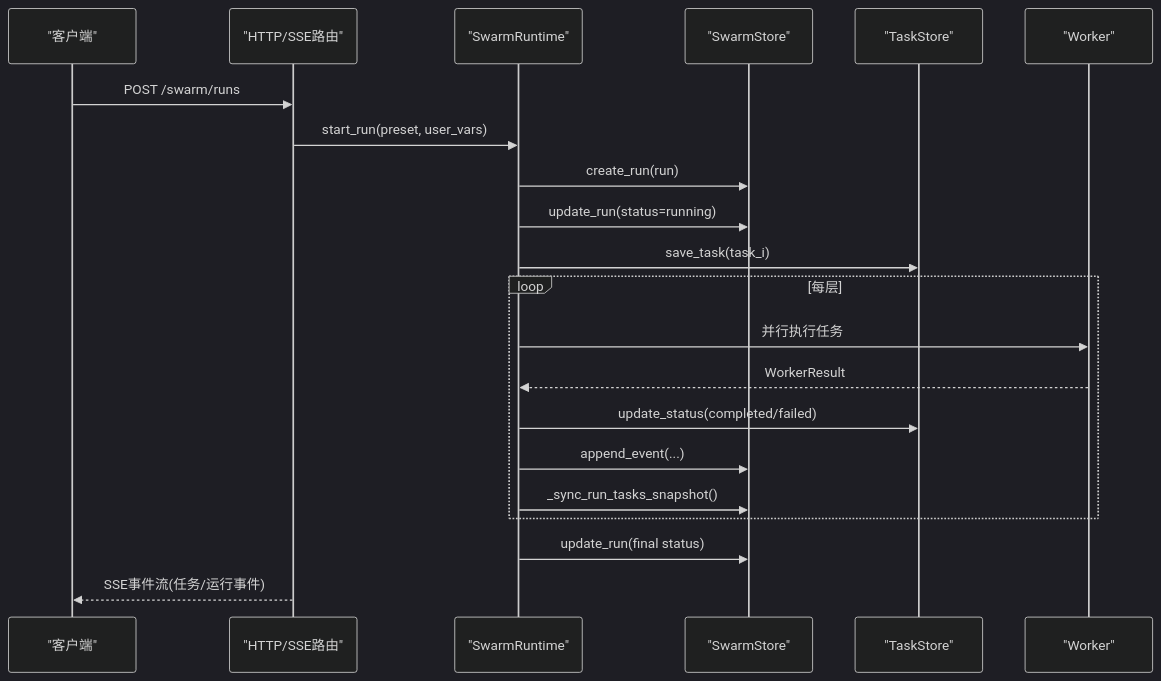
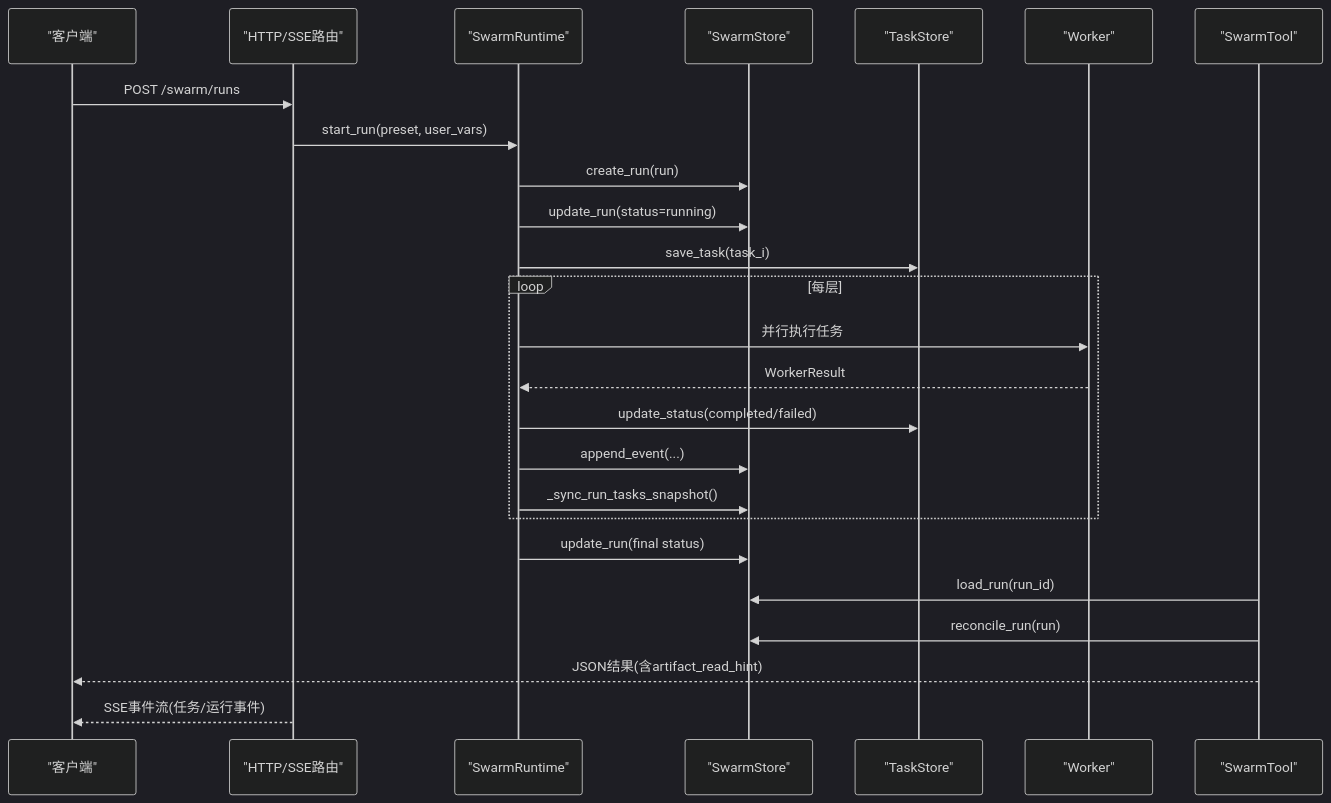
The second of 10 diagrams in .qoder/repowiki/zh/content/前端应用/页面功能/研究页面（Agent）/状态管理/Swarm运行状态管理.md (20012002er/Vibe-Trading), drawn with Mermaid (dark theme) before and after one commit. The commit also changed other lines of this file and 7 other files, not shown here.

````diff
--- a/.qoder/repowiki/zh/content/前端应用/页面功能/研究页面（Agent）/状态管理/Swarm运行状态管理.md
+++ b/.qoder/repowiki/zh/content/前端应用/页面功能/研究页面（Agent）/状态管理/Swarm运行状态管理.md
@@ -118,23 +138,27 @@
 ```mermaid
 sequenceDiagram
 participant Client as "客户端"
 participant API as "HTTP/SSE路由"
 participant RT as "SwarmRuntime"
 participant ST as "SwarmStore"
 participant TS as "TaskStore"
 participant W as "Worker"
+participant Tool as "SwarmTool"
 Client->>API : POST /swarm/runs
 API->>RT : start_run(preset, user_vars)
 RT->>ST : create_run(run)
 RT->>ST : update_run(status=running)
 RT->>TS : save_task(task_i)
 loop 每层
 RT->>W : 并行执行任务
 W-->>RT : WorkerResult
 RT->>TS : update_status(completed/failed)
 RT->>ST : append_event(...)
 RT->>ST : _sync_run_tasks_snapshot()
 end
 RT->>ST : update_run(final status)
+Tool->>ST : load_run(run_id)
+Tool->>ST : reconcile_run(run)
+Tool-->>Client : JSON结果(含artifact_read_hint)
 API-->>Client : SSE事件流(任务/运行事件)
 ```
````
